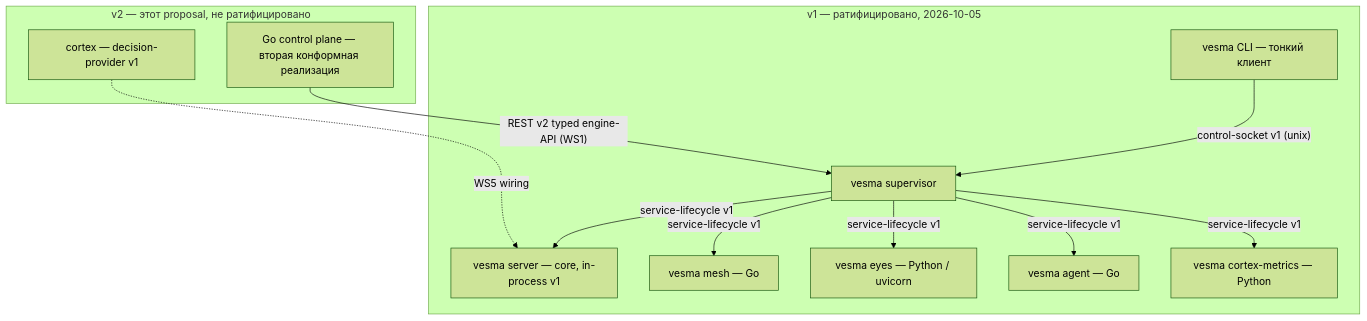
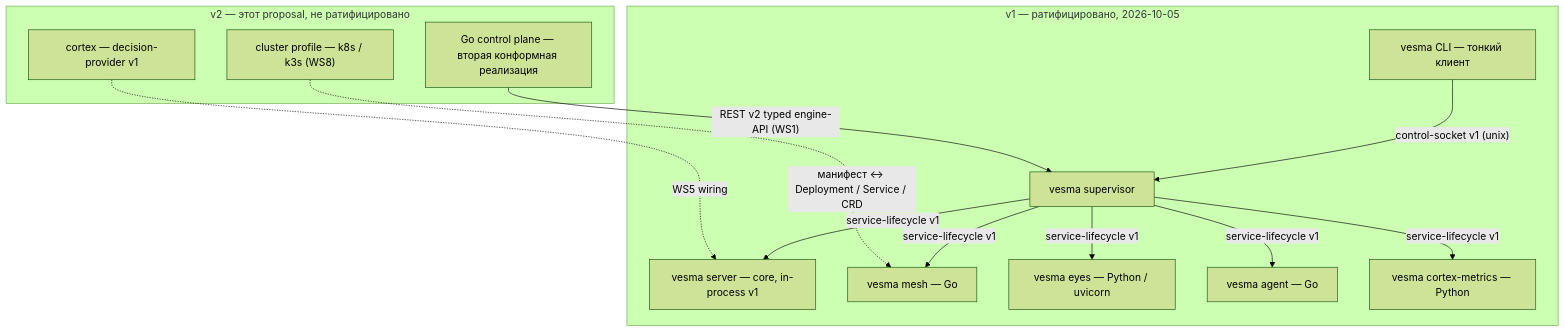
The diagram in docs/proposals/platform-v2-component-platform.md (vesmaro/vesma-specs), drawn with Mermaid (forest theme) before and after one commit. The commit also changed other lines of this file, not shown here.

Commit message:
docs(proposals): owner amendment — dual-profile reframe, cluster profile WS8, naming re-scope

````diff
--- a/docs/proposals/platform-v2-component-platform.md
+++ b/docs/proposals/platform-v2-component-platform.md
@@ -113,15 +132,16 @@
 ```mermaid
 graph TD
     subgraph V1["v1 — ратифицировано, 2026-10-05"]
         CLI["vesma CLI — тонкий клиент"] -->|"control-socket v1 (unix)"| SUP["vesma supervisor"]
         SUP -->|"service-lifecycle v1"| CORE["vesma server — core, in-process v1"]
         SUP -->|"service-lifecycle v1"| MESH["vesma mesh — Go"]
         SUP -->|"service-lifecycle v1"| EYES["vesma eyes — Python / uvicorn"]
         SUP -->|"service-lifecycle v1"| AGENT["vesma agent — Go"]
         SUP -->|"service-lifecycle v1"| METR["vesma cortex-metrics — Python"]
     end
     subgraph V2["v2 — этот proposal, не ратифицировано"]
         CTRL["Go control plane — вторая конформная реализация"] -->|"REST v2 typed engine-API (WS1)"| SUP
         CORTEX["cortex — decision-provider v1"] -.->|"WS5 wiring"| CORE
+        CL["cluster profile — k8s / k3s (WS8)"] -.->|"манифест ↔ Deployment / Service / CRD"| MESH
     end
 ```
````
